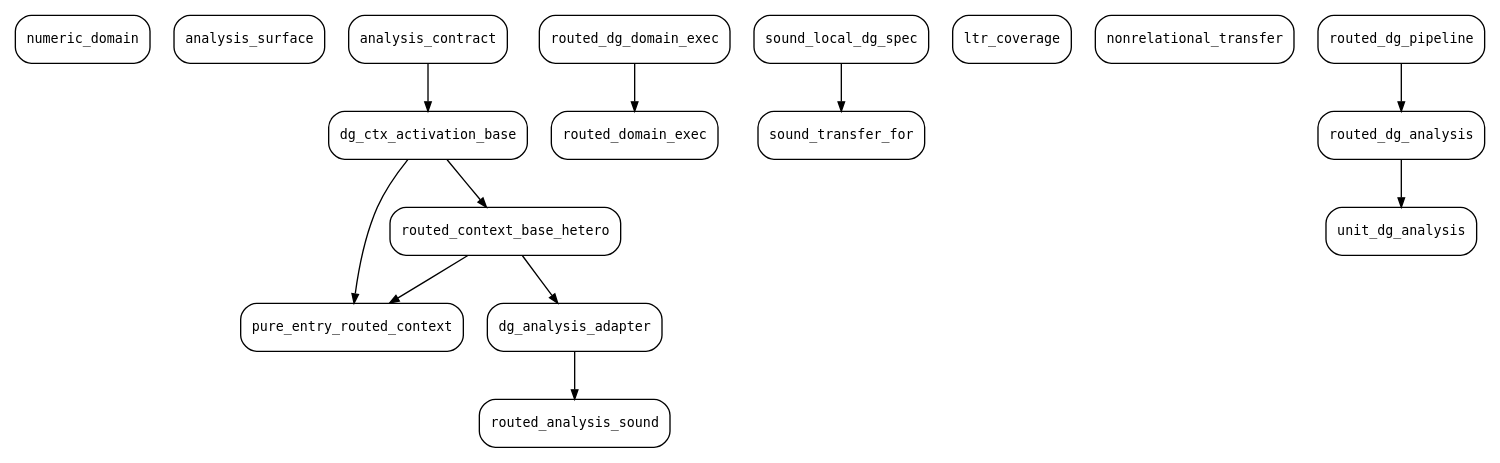
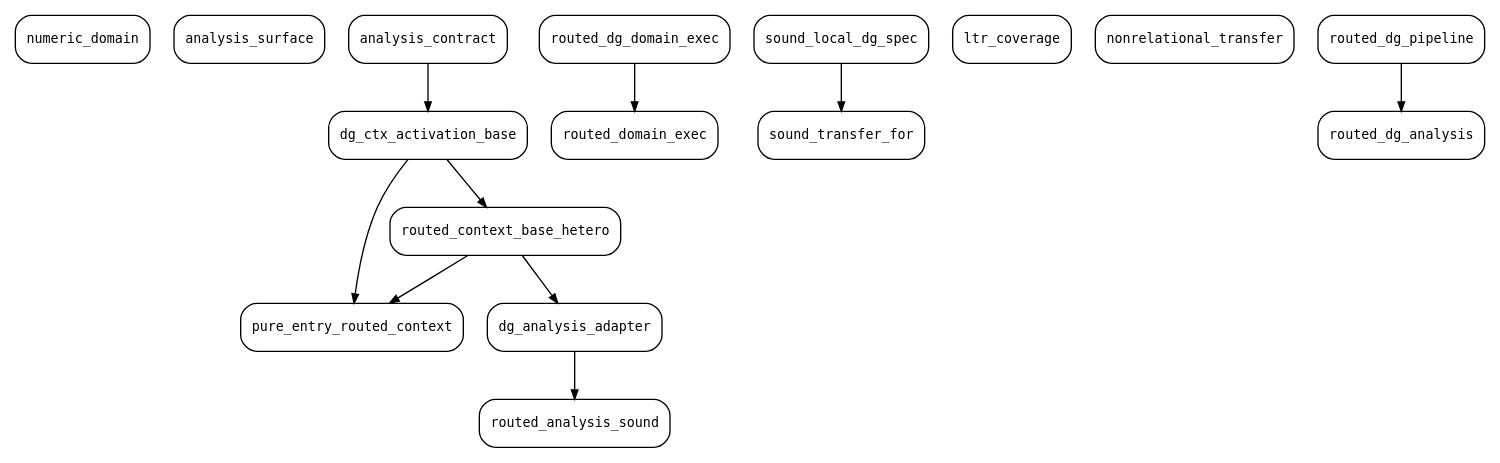
One commit to ManuelLerchner/Voblint-Verification-Master-Thesis changed the diagram in thesis/shared/dot/locale_deps.dot. Above: the diagram before and after it, drawn with Graphviz. The commit also changed 2 other files, not shown here.

Commit message:
refactor(result): make the unit context a routing policy like the others
The per-domain unit registration interprets routed_dg_analysis_exec at the
unit route, exactly as the call-string and entry-state registrations do at
theirs, and unit_dg_analysis is gone. The published surface takes the context
as an argument (state_at, report, report_with_state), and the endpoints for any
route that is a function of the call site are stated once in Routed_Live_Keys
from termination alone, so no example needs a coverage fact any more.

```diff
--- a/thesis/shared/dot/locale_deps.dot
+++ b/thesis/shared/dot/locale_deps.dot
@@ -1,31 +1,29 @@
 digraph locales {
   rankdir=TB;
   edge [arrowsize=0.7];
   "numeric_domain" [shape=box, style=rounded, fontname="DejaVu Sans Mono", fontsize=10];
   "analysis_surface" [shape=box, style=rounded, fontname="DejaVu Sans Mono", fontsize=10];
   "dg_analysis_adapter" [shape=box, style=rounded, fontname="DejaVu Sans Mono", fontsize=10];
   "dg_ctx_activation_base" [shape=box, style=rounded, fontname="DejaVu Sans Mono", fontsize=10];
   "routed_dg_domain_exec" [shape=box, style=rounded, fontname="DejaVu Sans Mono", fontsize=10];
   "sound_transfer_for" [shape=box, style=rounded, fontname="DejaVu Sans Mono", fontsize=10];
   "analysis_contract" [shape=box, style=rounded, fontname="DejaVu Sans Mono", fontsize=10];
   "sound_local_dg_spec" [shape=box, style=rounded, fontname="DejaVu Sans Mono", fontsize=10];
   "pure_entry_routed_context" [shape=box, style=rounded, fontname="DejaVu Sans Mono", fontsize=10];
   "ltr_coverage" [shape=box, style=rounded, fontname="DejaVu Sans Mono", fontsize=10];
   "nonrelational_transfer" [shape=box, style=rounded, fontname="DejaVu Sans Mono", fontsize=10];
   "routed_analysis_sound" [shape=box, style=rounded, fontname="DejaVu Sans Mono", fontsize=10];
   "routed_context_base_hetero" [shape=box, style=rounded, fontname="DejaVu Sans Mono", fontsize=10];
   "routed_dg_analysis" [shape=box, style=rounded, fontname="DejaVu Sans Mono", fontsize=10];
   "routed_dg_pipeline" [shape=box, style=rounded, fontname="DejaVu Sans Mono", fontsize=10];
   "routed_domain_exec" [shape=box, style=rounded, fontname="DejaVu Sans Mono", fontsize=10];
-  "unit_dg_analysis" [shape=box, style=rounded, fontname="DejaVu Sans Mono", fontsize=10];
   "routed_context_base_hetero" -> "dg_analysis_adapter";
   "analysis_contract" -> "dg_ctx_activation_base";
   "sound_local_dg_spec" -> "sound_transfer_for";
   "routed_context_base_hetero" -> "pure_entry_routed_context";
   "dg_ctx_activation_base" -> "pure_entry_routed_context";
   "dg_analysis_adapter" -> "routed_analysis_sound";
   "dg_ctx_activation_base" -> "routed_context_base_hetero";
   "routed_dg_pipeline" -> "routed_dg_analysis";
   "routed_dg_domain_exec" -> "routed_domain_exec";
-  "routed_dg_analysis" -> "unit_dg_analysis";
 }
```
